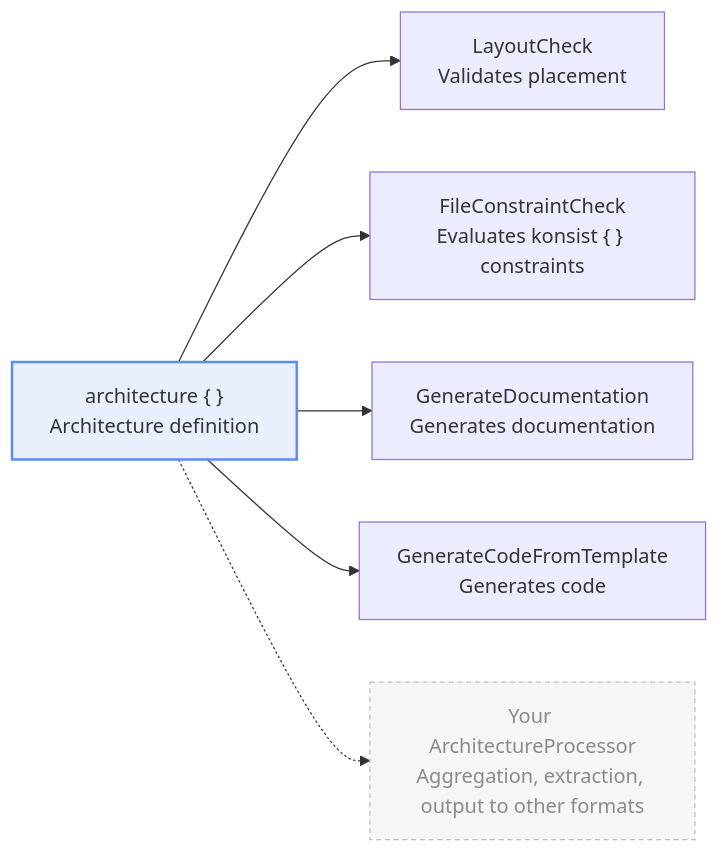
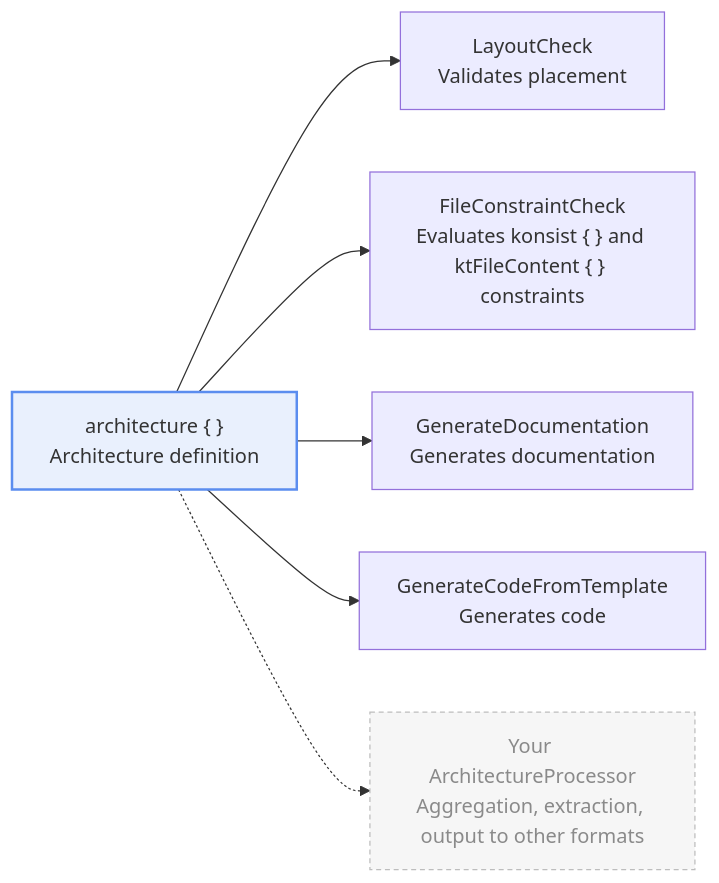
The diagram in docs/src/content/docs/guides/processor.mdx (TBSten/katachi), drawn with Mermaid before and after one commit. The commit also changed other lines of this file and 41 other files, not shown here.

````diff
--- a/docs/src/content/docs/guides/processor.mdx
+++ b/docs/src/content/docs/guides/processor.mdx
@@ -44,12 +50,12 @@
 ```mermaid
 flowchart LR
     D["architecture { }<br/>Architecture definition"]
     D --> Layout["LayoutCheck<br/>Validates placement"]
-    D --> Konsist["FileConstraintCheck<br/>Evaluates konsist { } constraints"]
+    D --> Konsist["FileConstraintCheck<br/>Evaluates konsist { } and ktFileContent { } constraints"]
     D --> Doc["GenerateDocumentation<br/>Generates documentation"]
     D --> Template["GenerateCodeFromTemplate<br/>Generates code"]
     D -.-> Custom["Your ArchitectureProcessor<br/>Aggregation, extraction, output to other formats"]
 
     style D fill:#5B8DEF22,stroke:#5B8DEF,stroke-width:2px
     style Custom fill:#BDBDBD22,stroke:#BDBDBD,stroke-dasharray:4 3,color:#8A8A8A
 ```
````
